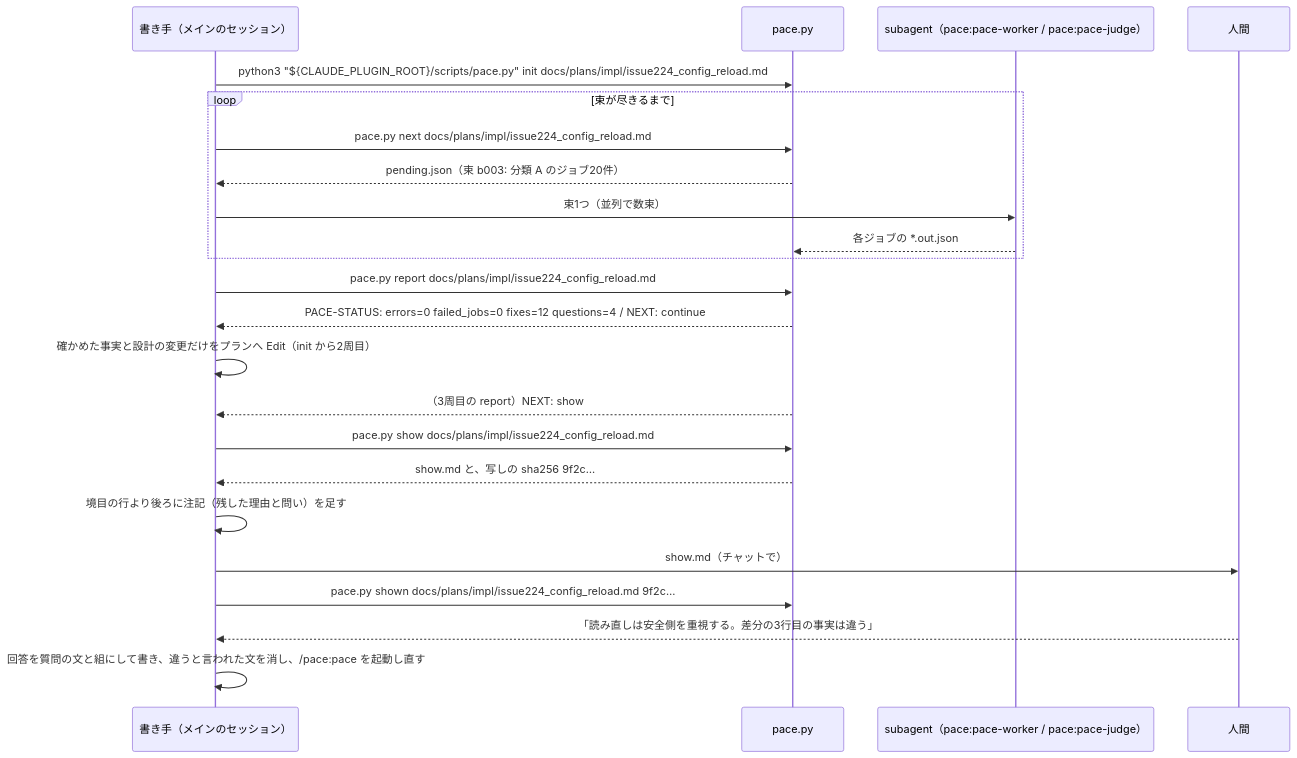
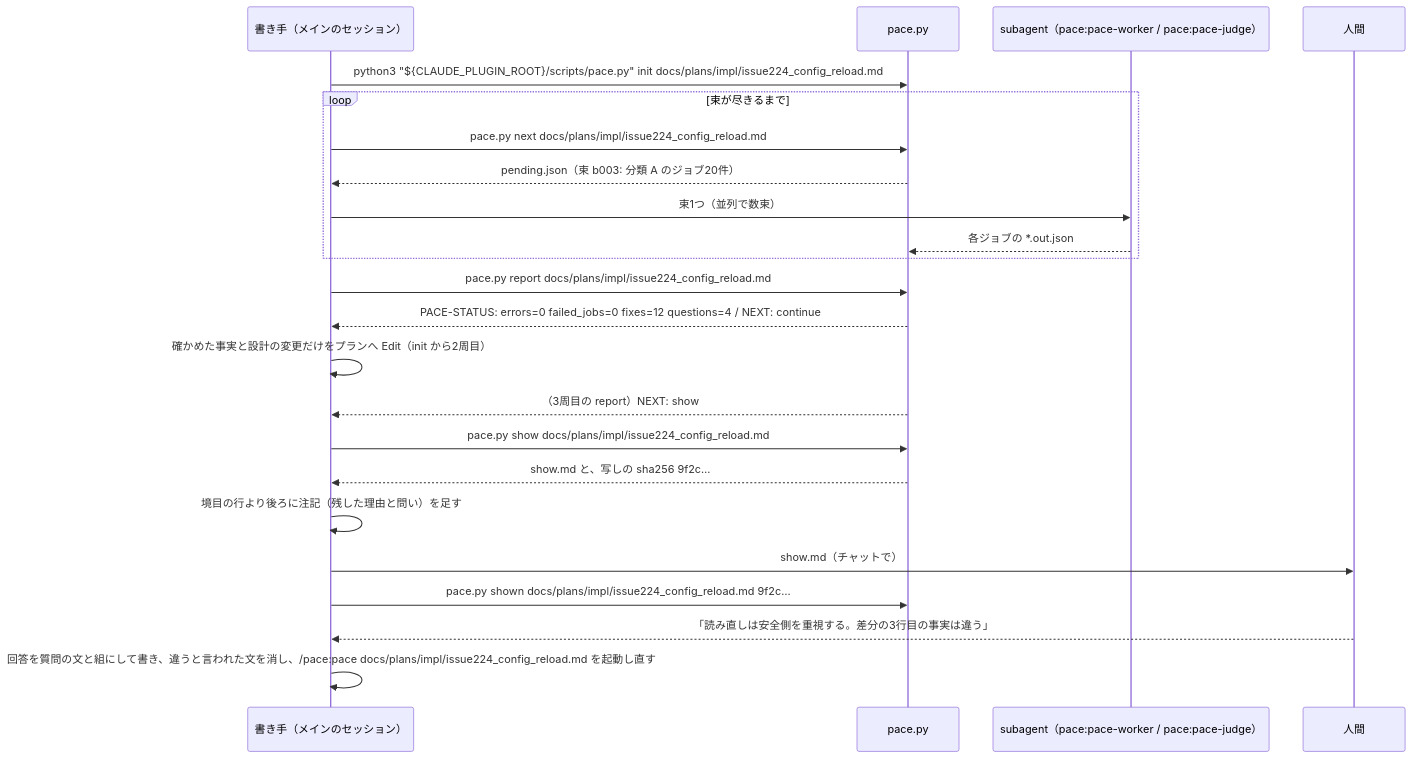
The diagram in docs/plans/pace_design.md (maimuzo/pace), drawn with Mermaid before and after one commit. The commit also changed other lines of this file and 1 other file, not shown here.

````diff
--- a/docs/plans/pace_design.md
+++ b/docs/plans/pace_design.md
@@ -69,25 +69,25 @@
 ```mermaid
 sequenceDiagram
     participant M as 書き手（メインのセッション）
     participant S as pace.py
     participant W as subagent（pace:pace-worker / pace:pace-judge）
     participant H as 人間
     M->>S: python3 "${CLAUDE_PLUGIN_ROOT}/scripts/pace.py" init docs/plans/impl/issue224_config_reload.md
     loop 束が尽きるまで
         M->>S: pace.py next docs/plans/impl/issue224_config_reload.md
         S-->>M: pending.json（束 b003: 分類 A のジョブ20件）
         M->>W: 束1つ（並列で数束）
         W-->>S: 各ジョブの *.out.json
     end
     M->>S: pace.py report docs/plans/impl/issue224_config_reload.md
     S-->>M: PACE-STATUS: errors=0 failed_jobs=0 fixes=12 questions=4 / NEXT: continue
     M->>M: 確かめた事実と設計の変更だけをプランへ Edit（init から2周目）
     S-->>M: （3周目の report）NEXT: show
     M->>S: pace.py show docs/plans/impl/issue224_config_reload.md
     S-->>M: show.md と、写しの sha256 9f2c…
     M->>M: 境目の行より後ろに注記（残した理由と問い）を足す
     M->>H: show.md（チャットで）
     M->>S: pace.py shown docs/plans/impl/issue224_config_reload.md 9f2c…
     H-->>M: 「読み直しは安全側を重視する。差分の3行目の事実は違う」
-    M->>M: 回答を質問の文と組にして書き、違うと言われた文を消し、/pace:pace を起動し直す
+    M->>M: 回答を質問の文と組にして書き、違うと言われた文を消し、/pace:pace docs/plans/impl/issue224_config_reload.md を起動し直す
 ```
````
